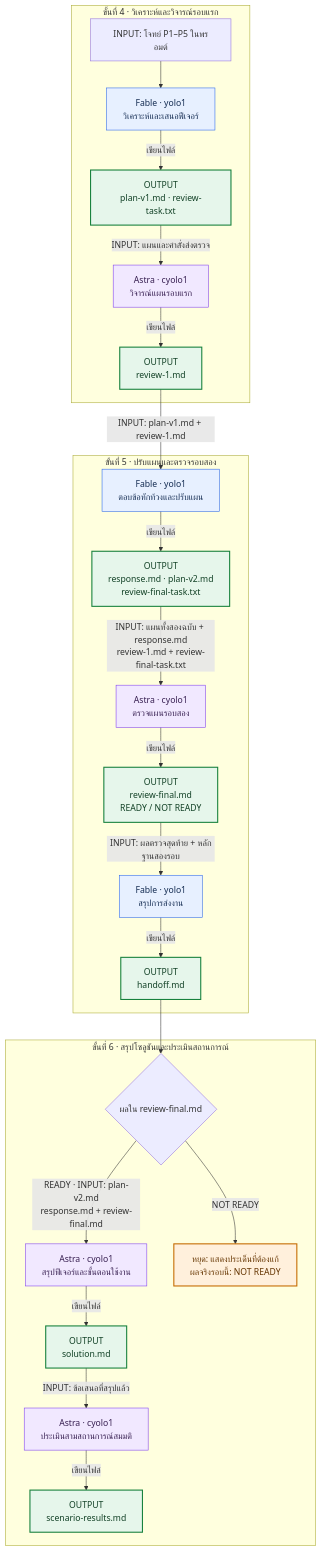
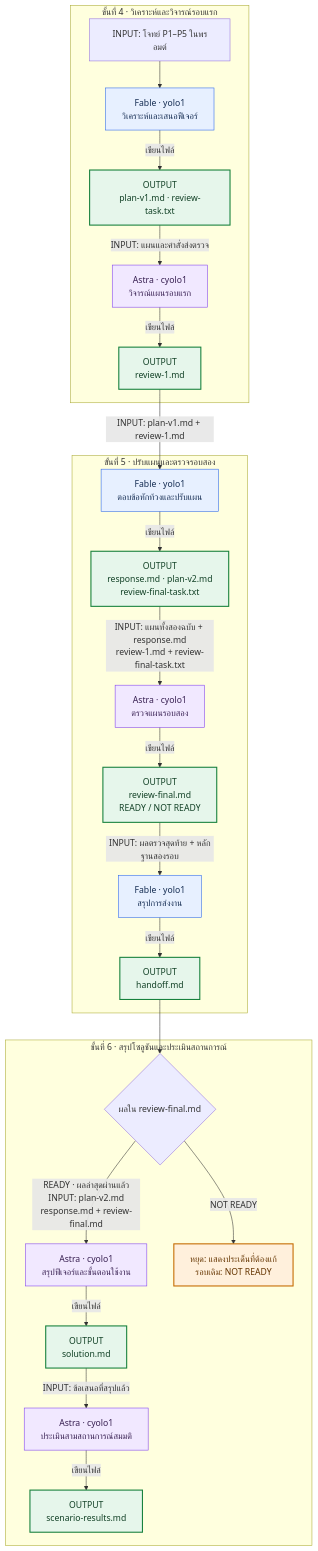
The second of 2 diagrams in A/001_LAB_Setup_Multi_Account/README.md (Tuchsanai/Teaching_CWN2026), drawn with Mermaid before and after one commit. The commit also changed other lines of this file and 33 other files, not shown here.

````diff
--- a/A/001_LAB_Setup_Multi_Account/README.md
+++ b/A/001_LAB_Setup_Multi_Account/README.md
@@ -511,53 +540,53 @@
 ```mermaid
 flowchart TB
     subgraph S4["ขั้นที่ 4 · วิเคราะห์และวิจารณ์รอบแรก"]
         IN["INPUT: โจทย์ P1–P5 ในพรอมต์"]
         F1["Fable · yolo1<br/>วิเคราะห์และเสนอฟีเจอร์"]
         P1["OUTPUT<br/>plan-v1.md · review-task.txt"]
         A1["Astra · cyolo1<br/>วิจารณ์แผนรอบแรก"]
         R1["OUTPUT<br/>review-1.md"]
         IN --> F1
         F1 -->|"เขียนไฟล์"| P1
         P1 -->|"INPUT: แผนและคำสั่งส่งตรวจ"| A1
         A1 -->|"เขียนไฟล์"| R1
     end
 
     subgraph S5["ขั้นที่ 5 · ปรับแผนและตรวจรอบสอง"]
         F2["Fable · yolo1<br/>ตอบข้อทักท้วงและปรับแผน"]
         P2["OUTPUT<br/>response.md · plan-v2.md<br/>review-final-task.txt"]
         A2["Astra · cyolo1<br/>ตรวจแผนรอบสอง"]
         R2["OUTPUT<br/>review-final.md<br/>READY / NOT READY"]
         F3["Fable · yolo1<br/>สรุปการส่งงาน"]
         LOG["OUTPUT<br/>handoff.md"]
         F2 -->|"เขียนไฟล์"| P2
         P2 -->|"INPUT: แผนทั้งสองฉบับ + response.md<br/>review-1.md + review-final-task.txt"| A2
         A2 -->|"เขียนไฟล์"| R2
         R2 -->|"INPUT: ผลตรวจสุดท้าย + หลักฐานสองรอบ"| F3
         F3 -->|"เขียนไฟล์"| LOG
     end
 
     subgraph S6["ขั้นที่ 6 · สรุปโซลูชันและประเมินสถานการณ์"]
         CHECK{"ผลใน review-final.md"}
         A3["Astra · cyolo1<br/>สรุปฟีเจอร์และขั้นตอนใช้งาน"]
         SOL["OUTPUT<br/>solution.md"]
         A4["Astra · cyolo1<br/>ประเมินสามสถานการณ์สมมติ"]
         RESULTS["OUTPUT<br/>scenario-results.md"]
-        STOP["หยุด: แสดงประเด็นที่ต้องแก้<br/>ผลจริงรอบนี้: NOT READY"]
-        CHECK -->|"READY · INPUT: plan-v2.md<br/>response.md + review-final.md"| A3
+        STOP["หยุด: แสดงประเด็นที่ต้องแก้<br/>รอบเดิม: NOT READY"]
+        CHECK -->|"READY · ผลล่าสุดผ่านแล้ว<br/>INPUT: plan-v2.md<br/>response.md + review-final.md"| A3
         CHECK -->|"NOT READY"| STOP
         A3 -->|"เขียนไฟล์"| SOL
         SOL -->|"INPUT: ข้อเสนอที่สรุปแล้ว"| A4
         A4 -->|"เขียนไฟล์"| RESULTS
     end
 
     R1 -->|"INPUT: plan-v1.md + review-1.md"| F2
     LOG --> CHECK
     classDef fable fill:#e7f0ff,stroke:#2563eb,color:#142c52;
     classDef astra fill:#f1e8ff,stroke:#7c3aed,color:#382052;
     classDef output fill:#e6f6eb,stroke:#16803c,color:#124126,stroke-width:2px;
     classDef stopped fill:#fff0dc,stroke:#c56b00,color:#653500,stroke-width:2px;
     class F1,F2,F3 fable;
     class A1,A2,A3,A4 astra;
     class P1,R1,P2,R2,LOG,SOL,RESULTS output;
     class STOP stopped;
 ```
````
